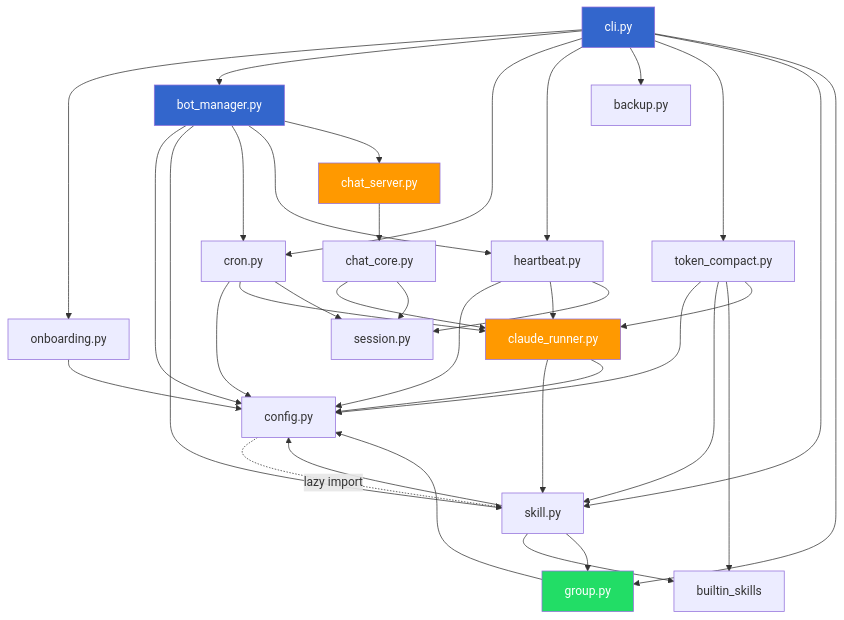
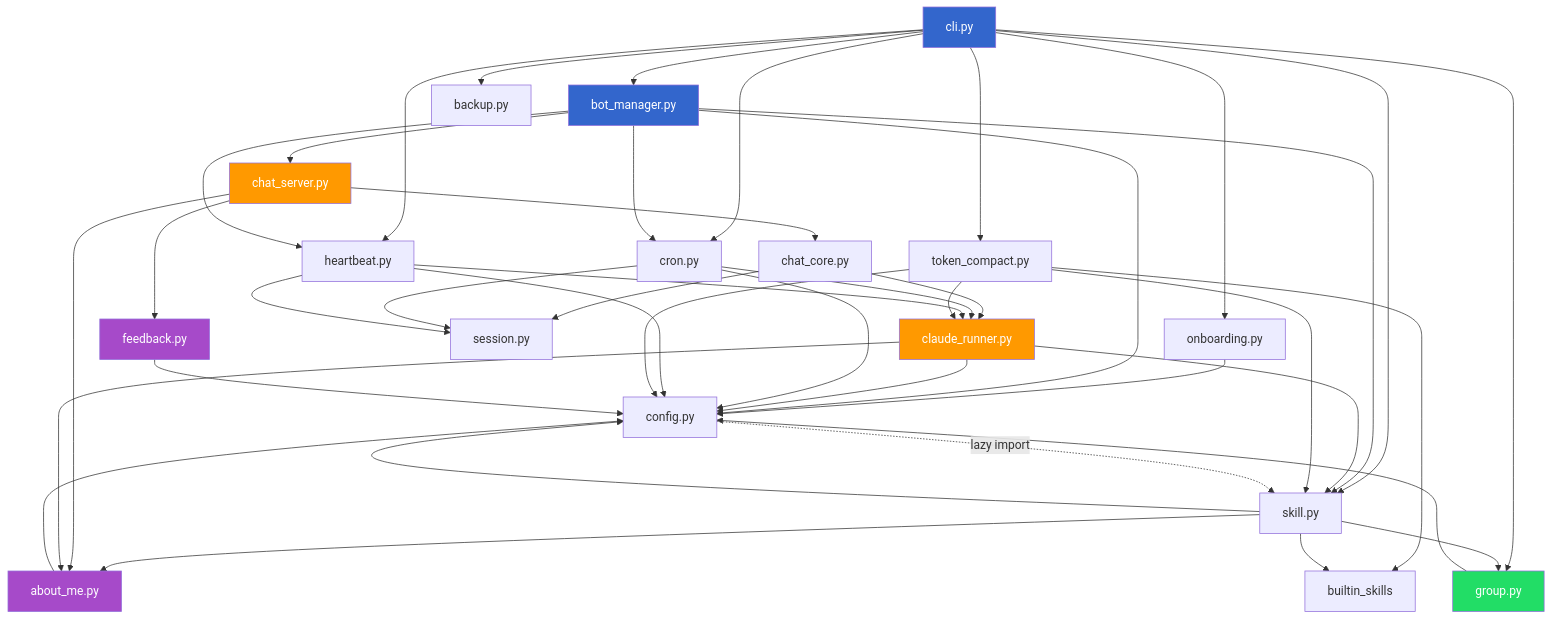
Before and after one commit to heg-wtf/abyss: the third of 9 diagrams in docs/ARCHITECTURE.md, drawn with Mermaid. The commit also changed other lines of this file and 4 other files, not shown here.

First line of the commit message:
📝 docs: ABOUT_ME + numeric feedback — wire into README / ARCHITECTURE / TECHNICAL-NOTES / ROADMAP / CLAUDE.md

````diff
--- a/docs/ARCHITECTURE.md
+++ b/docs/ARCHITECTURE.md
@@ -344,53 +372,64 @@
 ```mermaid
 graph TD
     CLI[cli.py] --> OB[onboarding.py]
     CLI --> BM[bot_manager.py]
     CLI --> CRON[cron.py]
     CLI --> HB[heartbeat.py]
     CLI --> BAK[backup.py]
     CLI --> TC[token_compact.py]
     CLI --> SK[skill.py]
     CLI --> GR[group.py]
 
     OB --> CFG[config.py]
 
     BM --> CFG
     BM --> SK
     BM --> CRON
     BM --> HB
     BM --> CS[chat_server.py]
 
     CS --> CC[chat_core.py]
     CC --> CR[claude_runner.py]
     CC --> SE[session.py]
 
     CR --> SK
     CR --> CFG
 
     CRON --> CFG
     CRON --> CR
     CRON --> SE
 
     HB --> CFG
     HB --> CR
     HB --> SE
 
     TC --> CFG
     TC --> SK
     TC --> BS[builtin_skills]
     TC --> CR
 
     SK --> CFG
     SK --> BS
+    SK --> AM[about_me.py]
     SK --> GR
 
     GR --> CFG
+
+    CS --> AM
+    CR --> AM
+
+    AM --> CFG
+
+    FB[feedback.py] --> CFG
+    CS --> FB
 
     CFG -.->|lazy import| SK
 
     style CLI fill:#36c,color:#fff
     style BM fill:#36c,color:#fff
     style CS fill:#f90,color:#fff
     style CR fill:#f90,color:#fff
+    style AM fill:#a64ac9,color:#fff
+    style FB fill:#a64ac9,color:#fff
     style GR fill:#2d6,color:#fff
 ```
````
